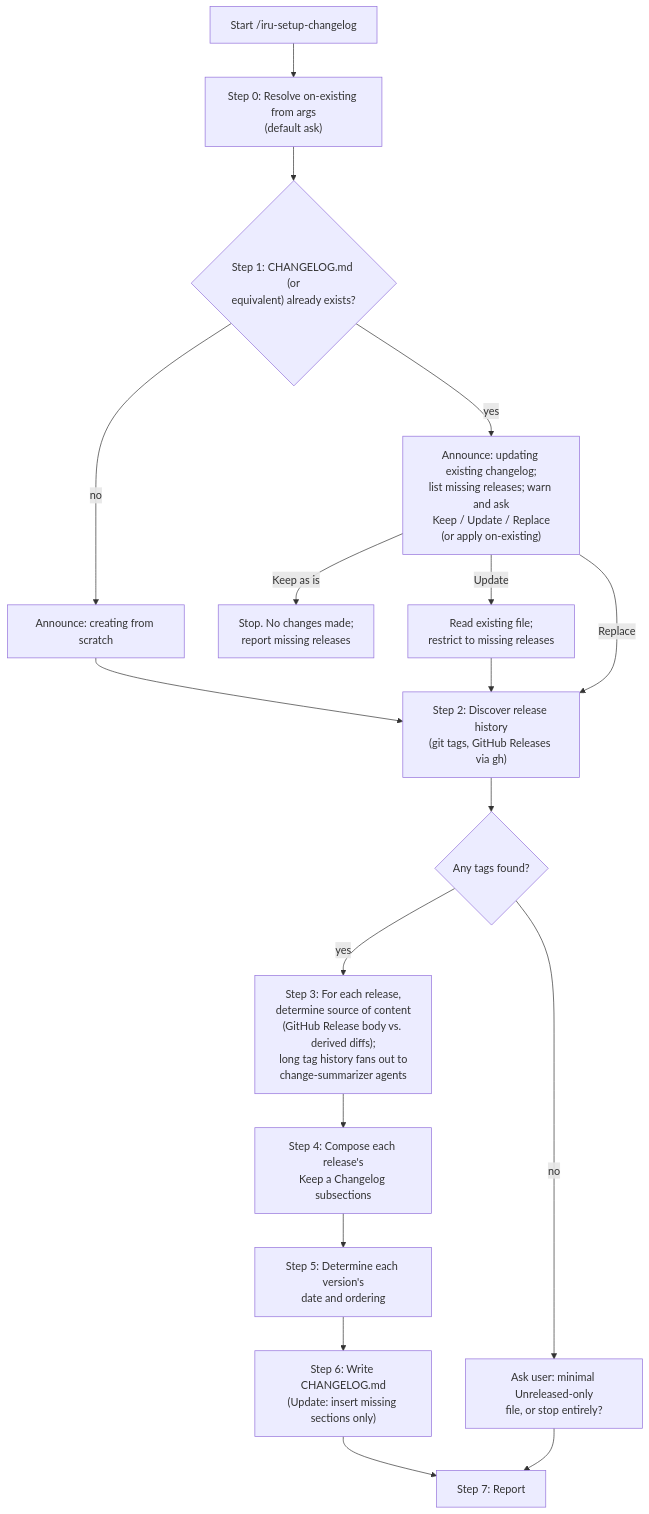
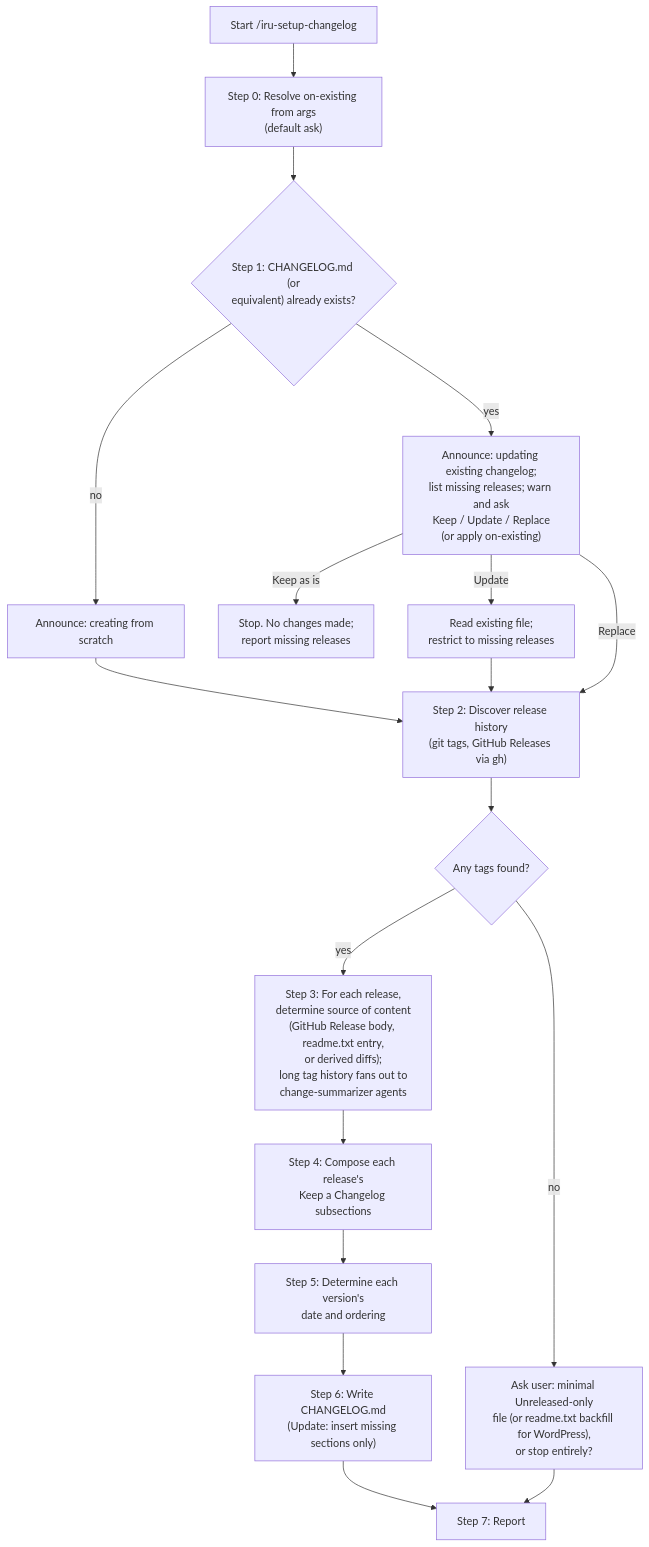
One commit to albertoirurueta/ai-catalog changed the diagram in docs/modules/ROOT/pages/skills/iru-setup-changelog.adoc. Above: the diagram before and after it, drawn with Mermaid. The commit also changed other lines of this file and 234 other files, not shown here.

```diff
--- a/docs/modules/ROOT/pages/skills/iru-setup-changelog.adoc
+++ b/docs/modules/ROOT/pages/skills/iru-setup-changelog.adoc
@@ -80,21 +88,21 @@
 [mermaid]
 ....
 flowchart TD
-    A[Start /iru-setup-changelog] --> A0["Step 0: Resolve on-existing from args\n(default ask)"]
+    A["Start /iru-setup-changelog"] --> A0["Step 0: Resolve on-existing from args\n(default ask)"]
     A0 --> B{"Step 1: CHANGELOG.md (or\nequivalent) already exists?"}
     B -- no --> B1["Announce: creating from scratch"]
     B1 --> C
     B -- yes --> B2["Announce: updating existing changelog;\nlist missing releases; warn and ask\nKeep / Update / Replace\n(or apply on-existing)"]
     B2 -- Keep as is --> Z["Stop. No changes made;\nreport missing releases"]
     B2 -- Update --> U["Read existing file;\nrestrict to missing releases"]
     U --> C
     B2 -- Replace --> C["Step 2: Discover release history\n(git tags, GitHub Releases via gh)"]
     C --> D{"Any tags found?"}
-    D -- no --> E["Ask user: minimal Unreleased-only\nfile, or stop entirely?"]
-    D -- yes --> F["Step 3: For each release,\ndetermine source of content\n(GitHub Release body vs. derived diffs);\nlong tag history fans out to\nchange-summarizer agents"]
+    D -- no --> E["Ask user: minimal Unreleased-only\nfile (or readme.txt backfill for WordPress),\nor stop entirely?"]
+    D -- yes --> F["Step 3: For each release,\ndetermine source of content\n(GitHub Release body, readme.txt entry,\nor derived diffs);\nlong tag history fans out to\nchange-summarizer agents"]
     F --> G["Step 4: Compose each release's\nKeep a Changelog subsections"]
     G --> H["Step 5: Determine each version's\ndate and ordering"]
     H --> I["Step 6: Write CHANGELOG.md\n(Update: insert missing sections only)"]
     I --> J["Step 7: Report"]
     E --> J
 ....
```
